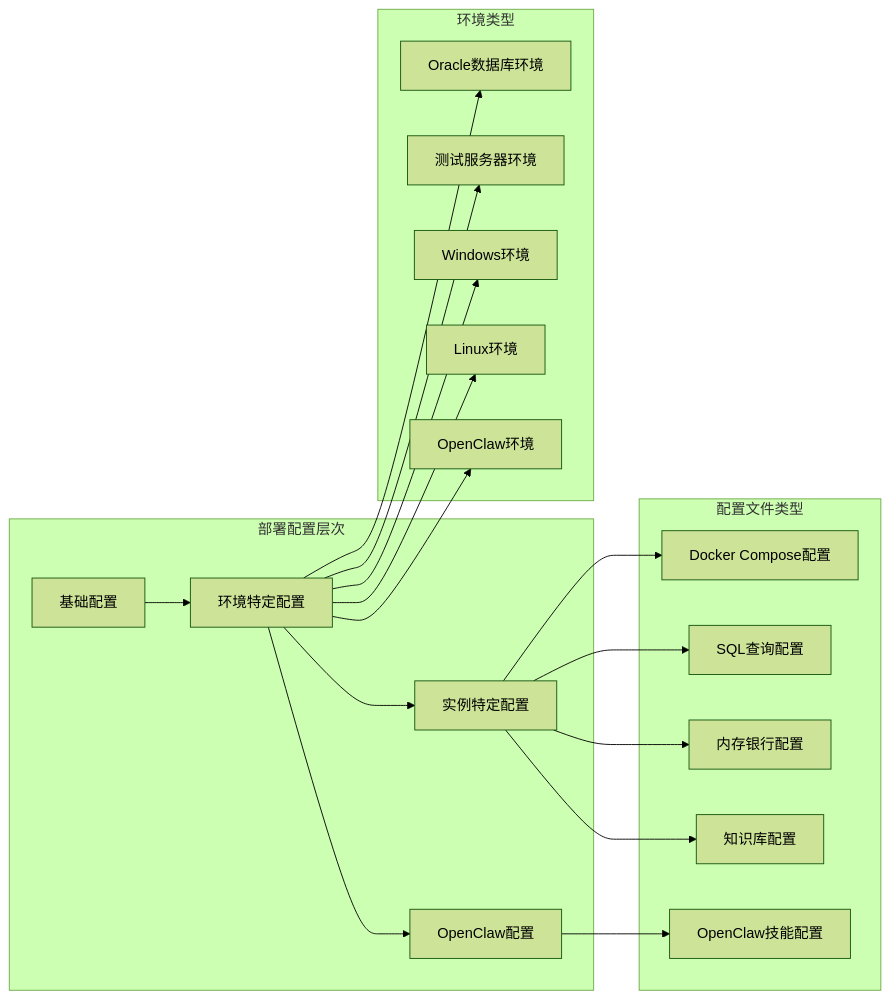
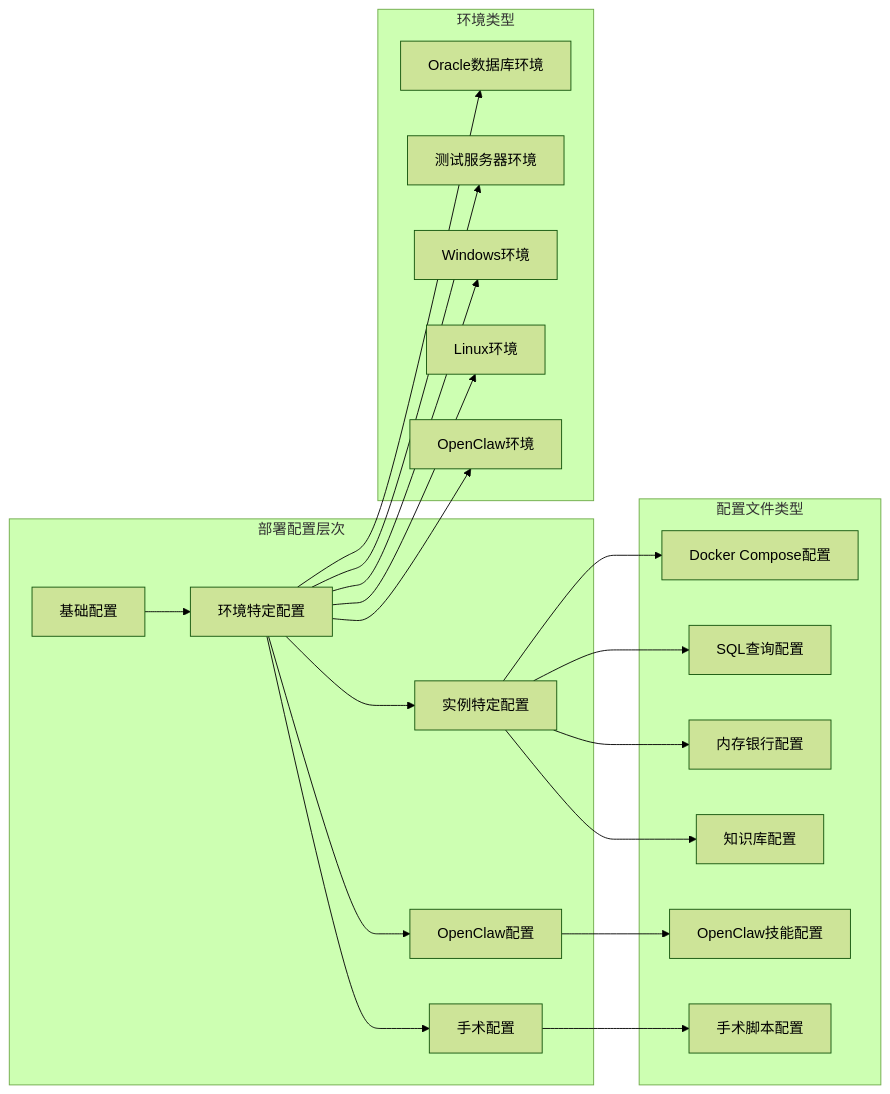
One commit to liuzh2008/med_ai_assistant_workspace changed diagram 16 of 16 in .qoder/repowiki/zh/content/Update Summary/Update Summary.md. Above: the diagram before and after it, drawn with Mermaid (forest theme). The commit also changed other lines of this file and 3 other files, not shown here.

````diff
--- a/.qoder/repowiki/zh/content/Update Summary/Update Summary.md
+++ b/.qoder/repowiki/zh/content/Update Summary/Update Summary.md
@@ -777,36 +1102,40 @@
 ```mermaid
 graph LR
 subgraph "部署配置层次"
 BaseConfig[基础配置]
 EnvSpecific[环境特定配置]
 InstanceSpecific[实例特定配置]
 OpenClawConfig[OpenClaw配置]
+SurgeryConfig[手术配置]
 end
 subgraph "环境类型"
 Oracle[Oracle数据库环境]
 TestServer[测试服务器环境]
 Windows[Windows环境]
 Linux[Linux环境]
 OpenClawEnv[OpenClaw环境]
 end
 subgraph "配置文件类型"
 DockerCompose[Docker Compose配置]
 SQLQueries[SQL查询配置]
 MemoryBank[内存银行配置]
 KnowledgeBase[知识库配置]
 OpenClawSkill[OpenClaw技能配置]
+SurgeryScript[手术脚本配置]
 end
 BaseConfig --> EnvSpecific
 EnvSpecific --> InstanceSpecific
 EnvSpecific --> OpenClawConfig
+EnvSpecific --> SurgeryConfig
 EnvSpecific --> Oracle
 EnvSpecific --> TestServer
 EnvSpecific --> Windows
 EnvSpecific --> Linux
 EnvSpecific --> OpenClawEnv
 InstanceSpecific --> DockerCompose
 InstanceSpecific --> SQLQueries
 InstanceSpecific --> MemoryBank
 InstanceSpecific --> KnowledgeBase
 OpenClawConfig --> OpenClawSkill
+SurgeryConfig --> SurgeryScript
 ```
````
